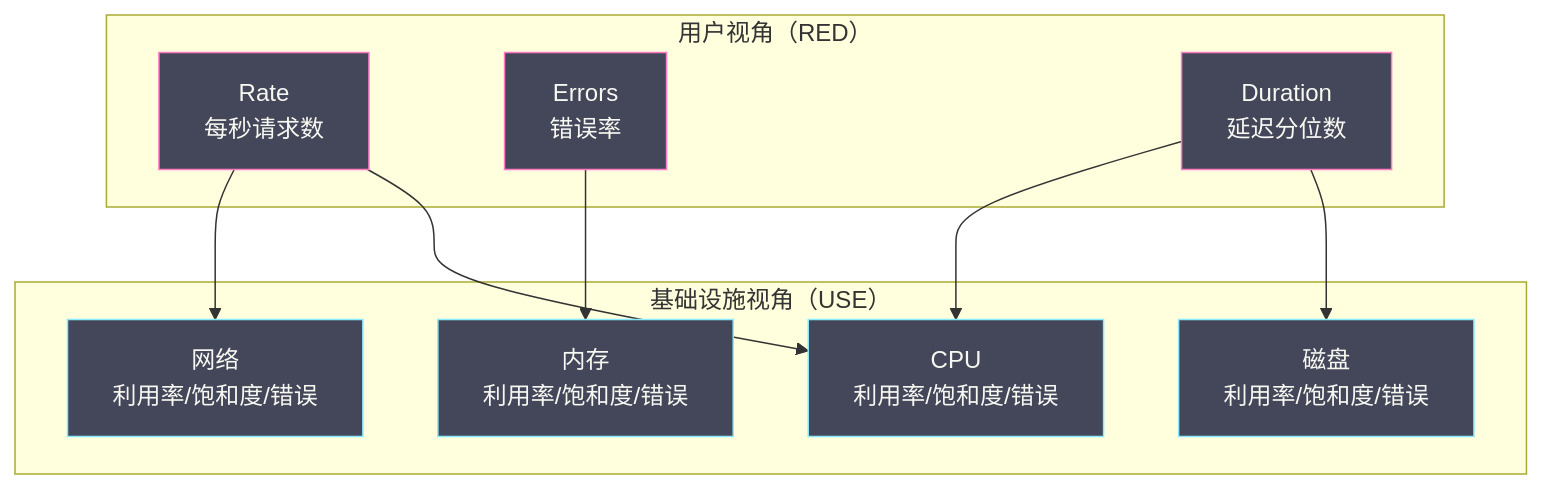
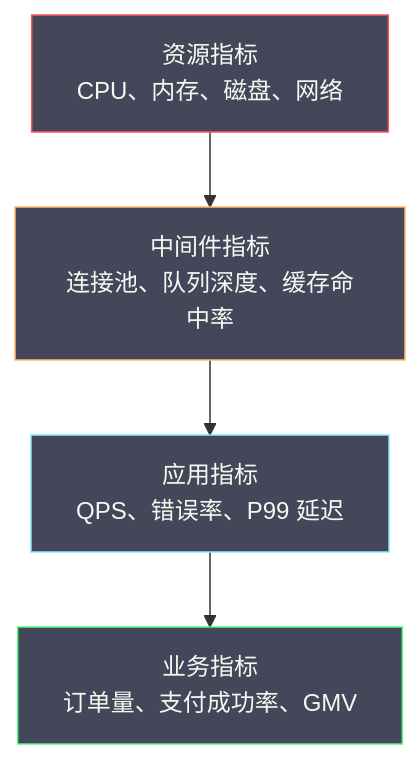
The first of 2 diagrams in content/可观测/指标/01 为什么需要指标.md (hpliStartAgain/my-brain), drawn with Mermaid before and after one commit. The commit also changed other lines of this file and 511 other files, not shown here.

````diff
--- a/content/可观测/指标/01 为什么需要指标.md
+++ b/content/可观测/指标/01 为什么需要指标.md
@@ -309,28 +339,20 @@
 ```mermaid
 %%{init: {'theme': 'dracula'}}%%
 graph TD
-    subgraph "用户视角（RED）"
-        R["Rate</br>每秒请求数"]
-        E["Errors</br>错误率"]
-        D["Duration</br>延迟分位数"]
-    end
+    B["业务指标</br>订单量、支付成功率、GMV"]
+    A["应用指标</br>QPS、错误率、P99 延迟"]
+    M["中间件指标</br>连接池、队列深度、缓存命中率"]
+    R["资源指标</br>CPU、内存、磁盘、网络"]
 
-    subgraph "基础设施视角（USE）"
-        CPU["CPU</br>利用率/饱和度/错误"]
-        MEM["内存</br>利用率/饱和度/错误"]
-        DISK["磁盘</br>利用率/饱和度/错误"]
-        NET["网络</br>利用率/饱和度/错误"]
-    end
+    R --> M --> A --> B
 
-    R --> CPU
-    R --> NET
-    E --> MEM
-    D --> DISK
-    D --> CPU
+    classDef l1 fill:#44475a,stroke:#ff5555,color:#f8f8f2
+    classDef l2 fill:#44475a,stroke:#ffb86c,color:#f8f8f2
+    classDef l3 fill:#44475a,stroke:#8be9fd,color:#f8f8f2
+    classDef l4 fill:#44475a,stroke:#50fa7b,color:#f8f8f2
 
-    classDef red fill:#44475a,stroke:#ff79c6,color:#f8f8f2
-    classDef use fill:#44475a,stroke:#8be9fd,color:#f8f8f2
-
-    class R,E,D red
-    class CPU,MEM,DISK,NET use
+    class R l1
+    class M l2
+    class A l3
+    class B l4
 ```
````
